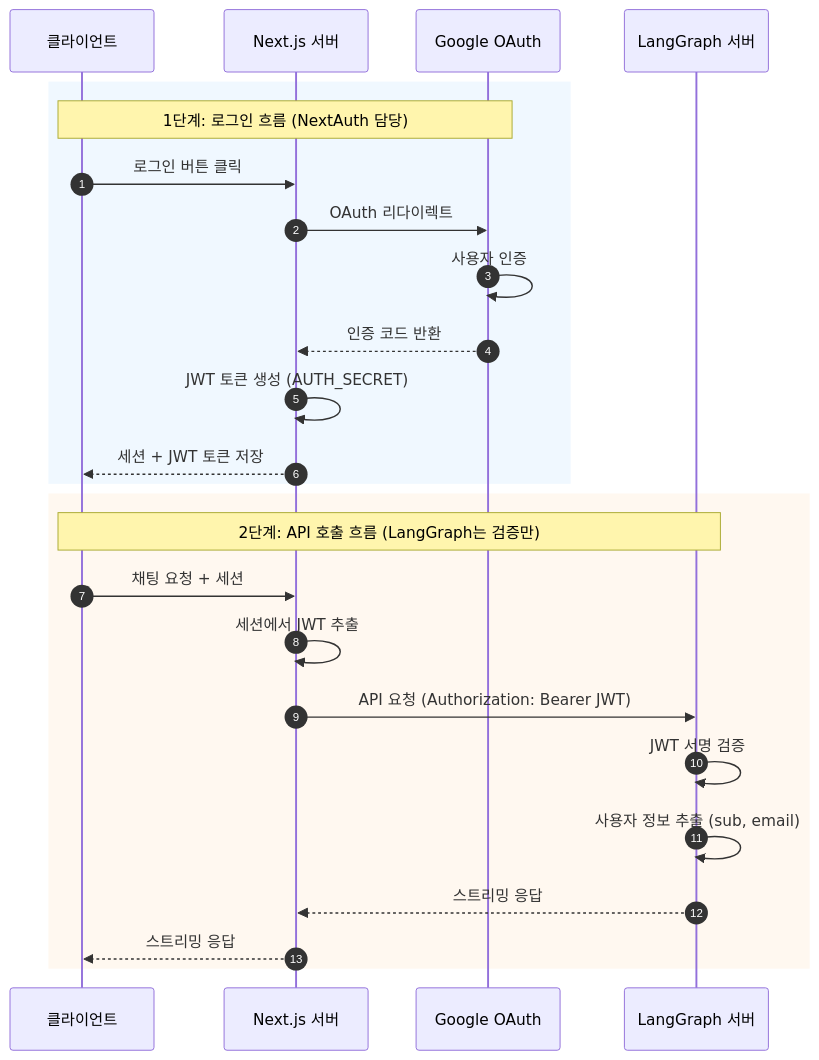
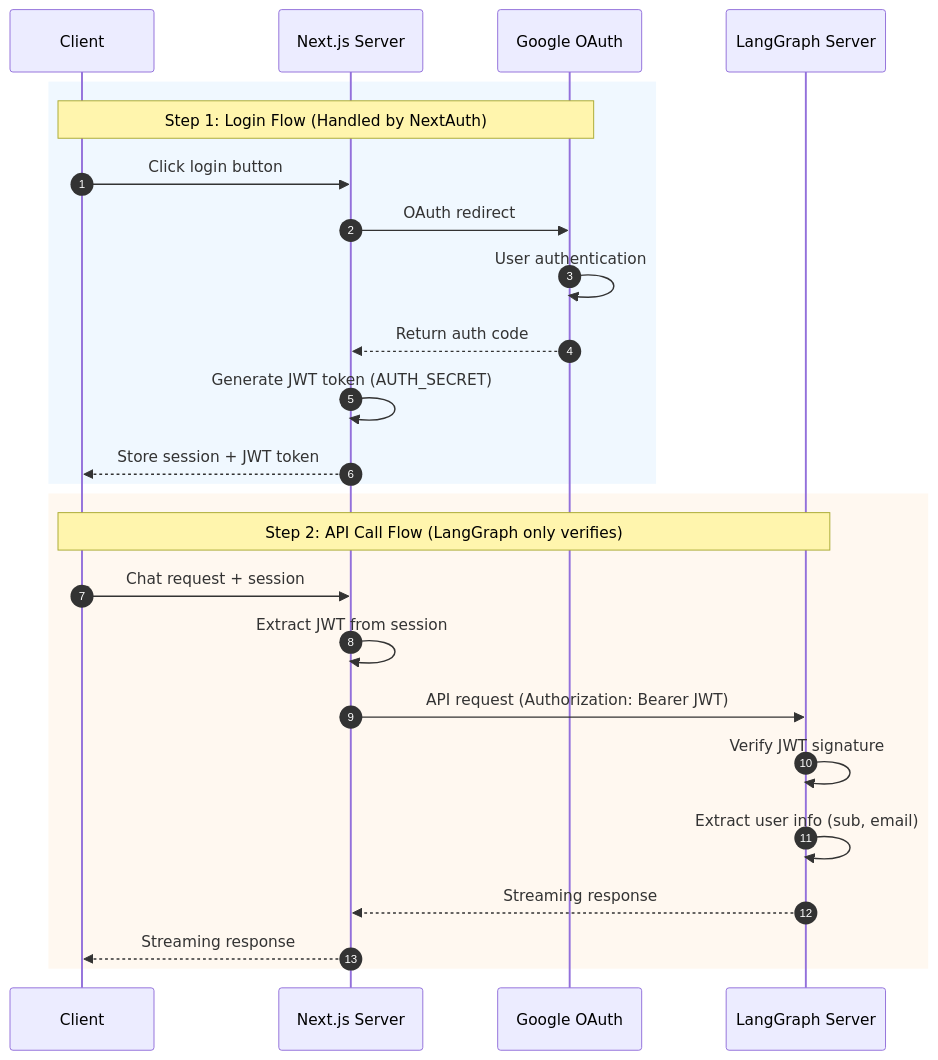
Before and after one commit to braincrew-lab/langgraph-chat-ui: the first of 4 diagrams in docs/01-NEXTAUTH-OAUTH.md, drawn with Mermaid. The commit also changed other lines of this file and 24 other files, not shown here.

````diff
--- a/docs/01-NEXTAUTH-OAUTH.md
+++ b/docs/01-NEXTAUTH-OAUTH.md
@@ -17,29 +17,29 @@
 ```mermaid
 sequenceDiagram
     autonumber
-    participant Client as 클라이언트
-    participant NextJS as Next.js 서버
+    participant Client as Client
+    participant NextJS as Next.js Server
     participant Google as Google OAuth
-    participant LangGraph as LangGraph 서버
+    participant LangGraph as LangGraph Server
 
     rect rgb(240, 248, 255)
-        Note over Client,Google: 1단계: 로그인 흐름 (NextAuth 담당)
-        Client->>NextJS: 로그인 버튼 클릭
-        NextJS->>Google: OAuth 리다이렉트
-        Google->>Google: 사용자 인증
-        Google-->>NextJS: 인증 코드 반환
-        NextJS->>NextJS: JWT 토큰 생성 (AUTH_SECRET)
-        NextJS-->>Client: 세션 + JWT 토큰 저장
+        Note over Client,Google: Step 1: Login Flow (Handled by NextAuth)
+        Client->>NextJS: Click login button
+        NextJS->>Google: OAuth redirect
+        Google->>Google: User authentication
+        Google-->>NextJS: Return auth code
+        NextJS->>NextJS: Generate JWT token (AUTH_SECRET)
+        NextJS-->>Client: Store session + JWT token
     end
 
     rect rgb(255, 248, 240)
-        Note over Client,LangGraph: 2단계: API 호출 흐름 (LangGraph는 검증만)
-        Client->>NextJS: 채팅 요청 + 세션
-        NextJS->>NextJS: 세션에서 JWT 추출
-        NextJS->>LangGraph: API 요청 (Authorization: Bearer JWT)
-        LangGraph->>LangGraph: JWT 서명 검증
-        LangGraph->>LangGraph: 사용자 정보 추출 (sub, email)
-        LangGraph-->>NextJS: 스트리밍 응답
-        NextJS-->>Client: 스트리밍 응답
+        Note over Client,LangGraph: Step 2: API Call Flow (LangGraph only verifies)
+        Client->>NextJS: Chat request + session
+        NextJS->>NextJS: Extract JWT from session
+        NextJS->>LangGraph: API request (Authorization: Bearer JWT)
+        LangGraph->>LangGraph: Verify JWT signature
+        LangGraph->>LangGraph: Extract user info (sub, email)
+        LangGraph-->>NextJS: Streaming response
+        NextJS-->>Client: Streaming response
     end
 ```
````
